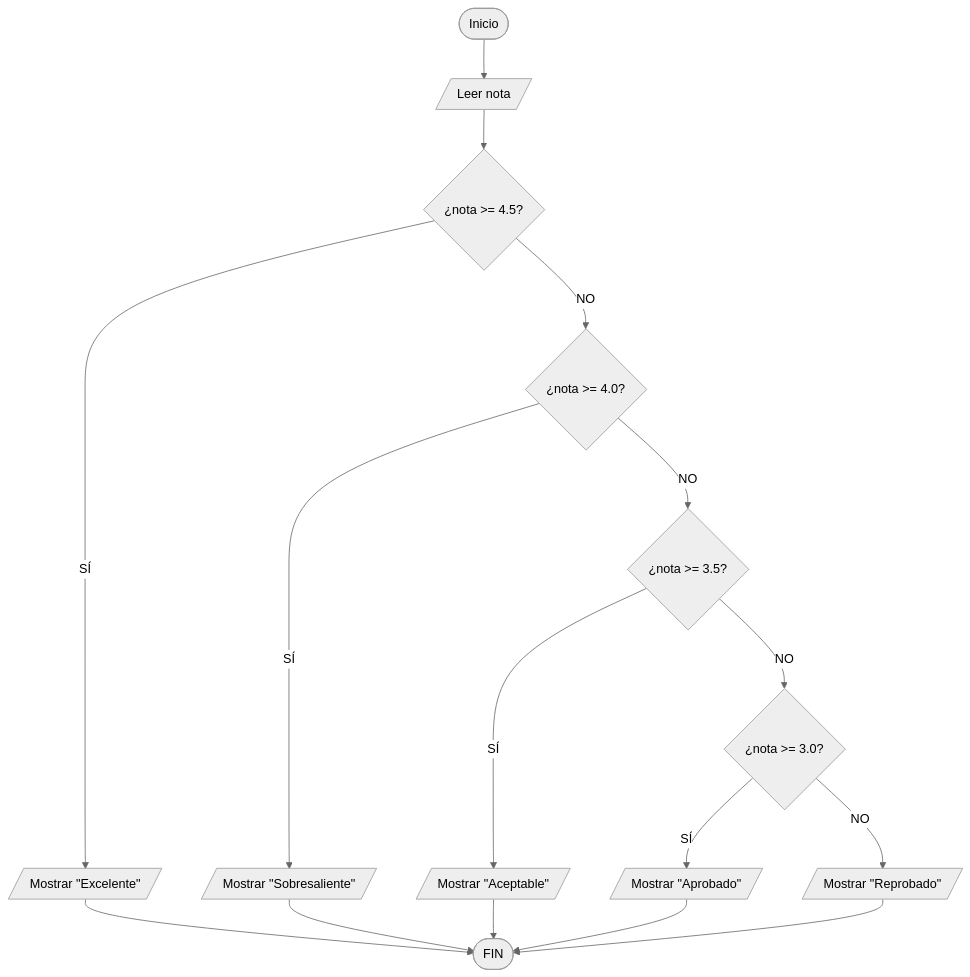
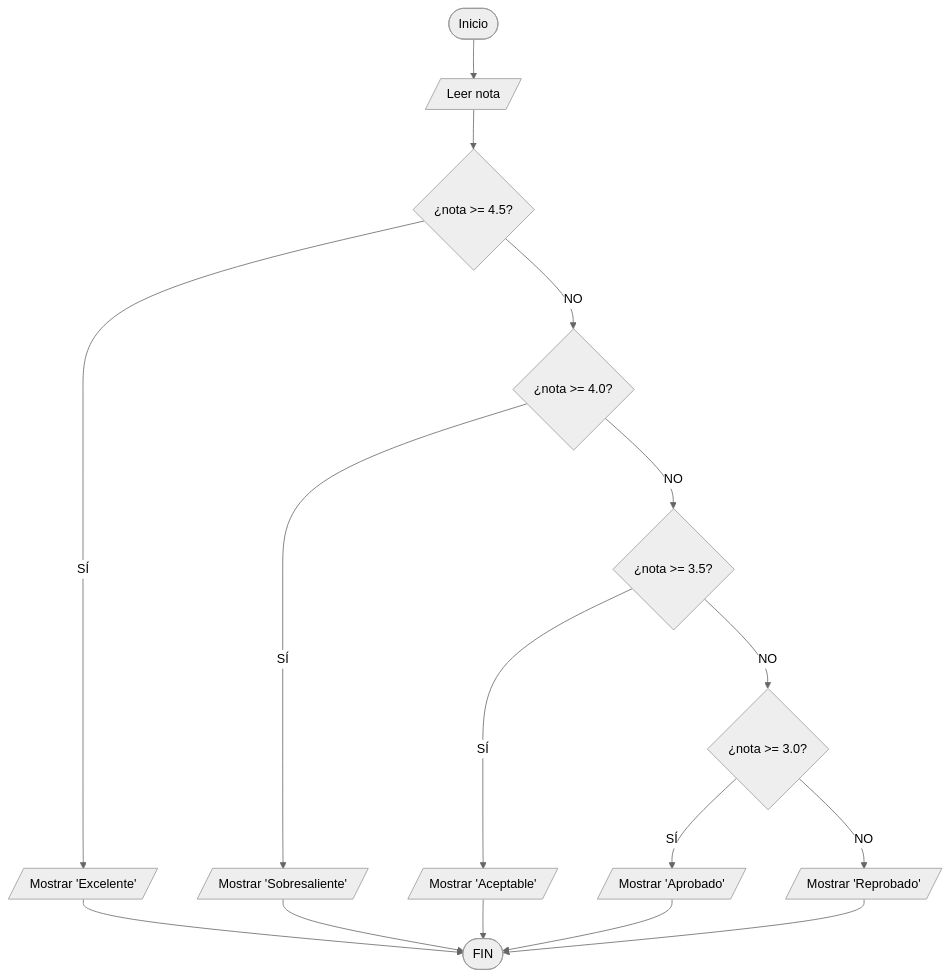
Before and after one commit to jovanyvelez/decimo: the seventh of 22 diagrams in herramientas_algoritmicas.md, drawn with Mermaid (neutral theme). The commit also changed other lines of this file, not shown here.

````diff
--- a/herramientas_algoritmicas.md
+++ b/herramientas_algoritmicas.md
@@ -673,18 +673,18 @@
 ```mermaid
 graph TD
-    A([Inicio]) --> B[/Leer nota/]
-    B --> C{¿nota >= 4.5?}
-    C -- SÍ --> D[/Mostrar "Excelente"/]
-    C -- NO --> E{¿nota >= 4.0?}
-    E -- SÍ --> F[/Mostrar "Sobresaliente"/]
-    E -- NO --> G{¿nota >= 3.5?}
-    G -- SÍ --> H[/Mostrar "Aceptable"/]
-    G -- NO --> I{¿nota >= 3.0?}
-    I -- SÍ --> J[/Mostrar "Aprobado"/]
-    I -- NO --> K[/Mostrar "Reprobado"/]
+    A([Inicio]) --> B[/"Leer nota"/]
+    B --> C{"¿nota >= 4.5?"}
+    C -- SÍ --> D[/"Mostrar 'Excelente'"/]
+    C -- NO --> E{"¿nota >= 4.0?"}
+    E -- SÍ --> F[/"Mostrar 'Sobresaliente'"/]
+    E -- NO --> G{"¿nota >= 3.5?"}
+    G -- SÍ --> H[/"Mostrar 'Aceptable'"/]
+    G -- NO --> I{"¿nota >= 3.0?"}
+    I -- SÍ --> J[/"Mostrar 'Aprobado'"/]
+    I -- NO --> K[/"Mostrar 'Reprobado'"/]
     D --> L([FIN])
     F --> L
     H --> L
     J --> L
     K --> L
 ```
````
